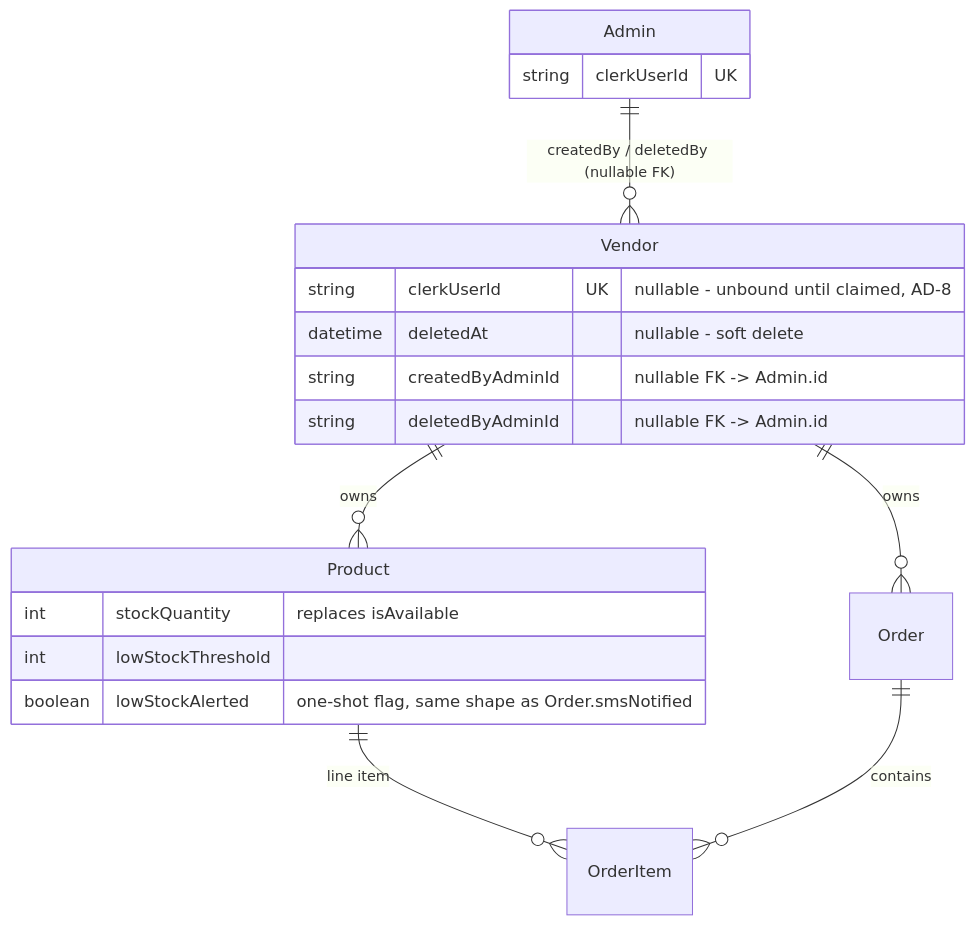
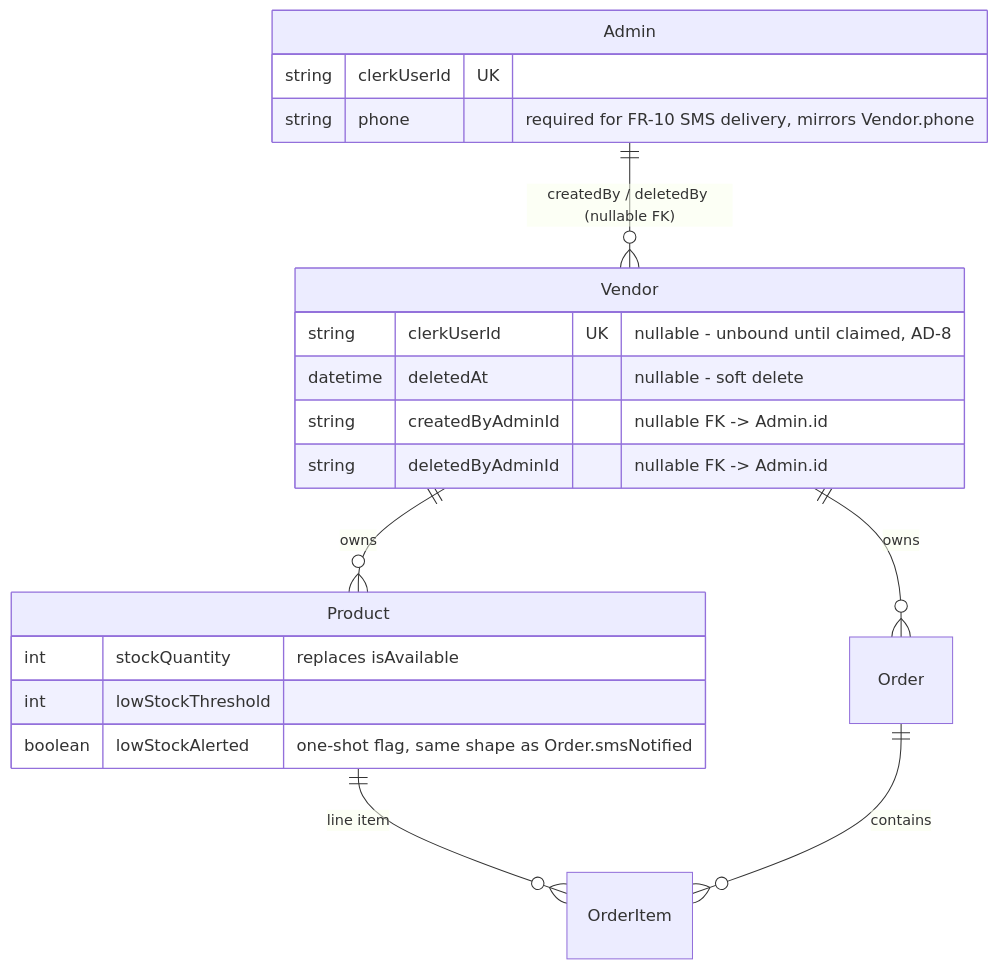
One commit to roadbike9000/local-food changed the second of 2 diagrams in _bmad-output/planning-artifacts/architecture/architecture-local-food-2026-08-10/ARCHITECTURE-SPINE.md. Above: the diagram before and after it, drawn with Mermaid. The commit also changed 2 other files, not shown here.

Commit message:
Add Epic 3 (Admin Inventory Oversight) stories to epics.md
2 stories covering FR9-FR10: admin inventory dashboard, low-stock SMS
alert. Adds Admin.phone to the architecture spine - FR-10 needs a
number to text, which the original schema was missing.

All 12 FRs across 3 epics now covered and approved.

````diff
--- a/_bmad-output/planning-artifacts/architecture/architecture-local-food-2026-08-10/ARCHITECTURE-SPINE.md
+++ b/_bmad-output/planning-artifacts/architecture/architecture-local-food-2026-08-10/ARCHITECTURE-SPINE.md
@@ -106,23 +106,24 @@
 ```mermaid
 erDiagram
     Admin ||--o{ Vendor : "createdBy / deletedBy (nullable FK)"
     Vendor ||--o{ Product : owns
     Vendor ||--o{ Order : owns
     Product ||--o{ OrderItem : "line item"
     Order ||--o{ OrderItem : contains
 
     Admin {
         string clerkUserId UK
+        string phone "required for FR-10 SMS delivery, mirrors Vendor.phone"
     }
     Vendor {
         string clerkUserId UK "nullable - unbound until claimed, AD-8"
         datetime deletedAt "nullable - soft delete"
         string createdByAdminId "nullable FK -> Admin.id"
         string deletedByAdminId "nullable FK -> Admin.id"
     }
     Product {
         int stockQuantity "replaces isAvailable"
         int lowStockThreshold
         boolean lowStockAlerted "one-shot flag, same shape as Order.smsNotified"
     }
 ```
````
